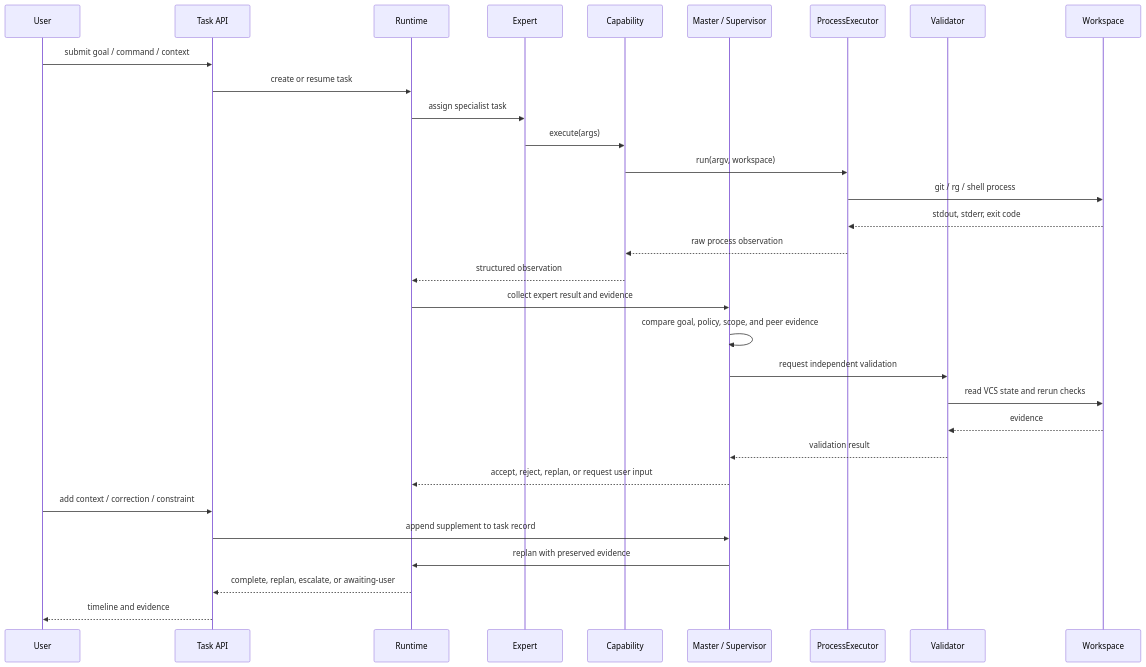
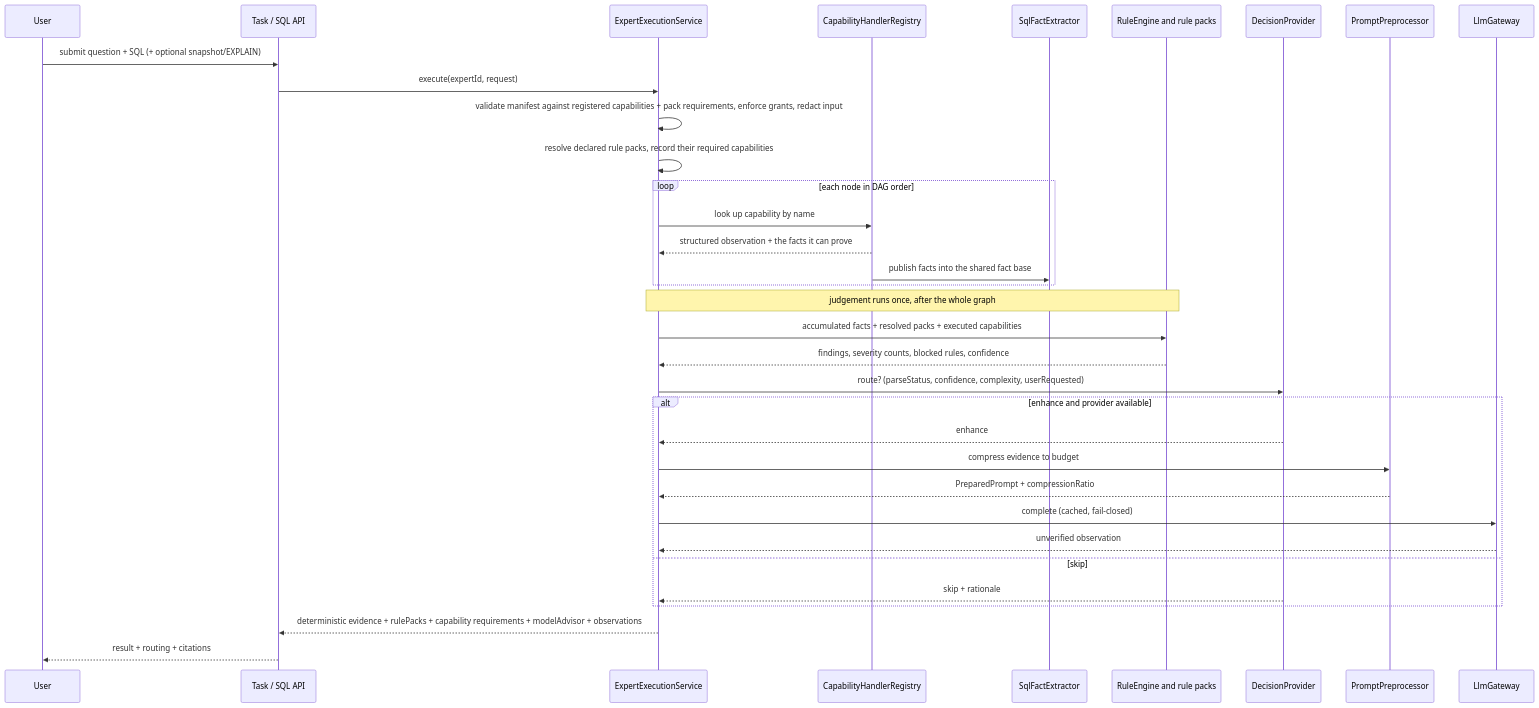
The first of 2 diagrams in docs/backend-architecture.md (LiaoHan5426/Engineering-Automation-Platform), drawn with Mermaid before and after one commit. The commit also changed other lines of this file and 95 other files, not shown here.

First line of the commit message:
Add config-driven analysis platform: capability registry, rule packs, MCP and the product console

````diff
--- a/docs/backend-architecture.md
+++ b/docs/backend-architecture.md
@@ -29,34 +206,37 @@
 ```mermaid
 sequenceDiagram
   participant User
-  participant API as Task API
-  participant R as Runtime
-  participant E as Expert
-  participant C as Capability
-  participant M as Master / Supervisor
-  participant P as ProcessExecutor
-  participant V as Validator
-  participant Repo as Workspace
+  participant API as Task / SQL API
+  participant Exec as ExpertExecutionService
+  participant H as CapabilityHandlerRegistry
+  participant Facts as SqlFactExtractor
+  participant Rules as RuleEngine and rule packs
+  participant Dec as DecisionProvider
+  participant Pre as PromptPreprocessor
+  participant GW as LlmGateway
 
-  User->>API: submit goal / command / context
-  API->>R: create or resume task
-  R->>E: assign specialist task
-  E->>C: execute(args)
-  C->>P: run(argv, workspace)
-  P->>Repo: git / rg / shell process
-  Repo-->>P: stdout, stderr, exit code
-  P-->>C: raw process observation
-  C-->>R: structured observation
-  R->>M: collect expert result and evidence
-  M->>M: compare goal, policy, scope, and peer evidence
-  M->>V: request independent validation
-  V->>Repo: read VCS state and rerun checks
-  Repo-->>V: evidence
-  V-->>M: validation result
-  M-->>R: accept, reject, replan, or request user input
-  User->>API: add context / correction / constraint
-  API->>M: append supplement to task record
-  M->>R: replan with preserved evidence
-  R-->>API: complete, replan, escalate, or awaiting-user
-  API-->>User: timeline and evidence
+  User->>API: submit question + SQL (+ optional snapshot/EXPLAIN)
+  API->>Exec: execute(expertId, request)
+  Exec->>Exec: validate manifest against registered capabilities + pack requirements, enforce grants, redact input
+  Exec->>Exec: resolve declared rule packs, record their required capabilities
+  loop each node in DAG order
+    Exec->>H: look up capability by name
+    H-->>Exec: structured observation + the facts it can prove
+    H->>Facts: publish facts into the shared fact base
+  end
+  Note over Exec,Rules: judgement runs once, after the whole graph
+  Exec->>Rules: accumulated facts + resolved packs + executed capabilities
+  Rules-->>Exec: findings, severity counts, blocked rules, confidence
+  Exec->>Dec: route? (parseStatus, confidence, complexity, userRequested)
+  alt enhance and provider available
+    Dec-->>Exec: enhance
+    Exec->>Pre: compress evidence to budget
+    Pre-->>Exec: PreparedPrompt + compressionRatio
+    Exec->>GW: complete (cached, fail-closed)
+    GW-->>Exec: unverified observation
+  else skip
+    Dec-->>Exec: skip + rationale
+  end
+  Exec-->>API: deterministic evidence + rulePacks + capability requirements + modelAdvisor + observations
+  API-->>User: result + routing + citations
 ```
````
